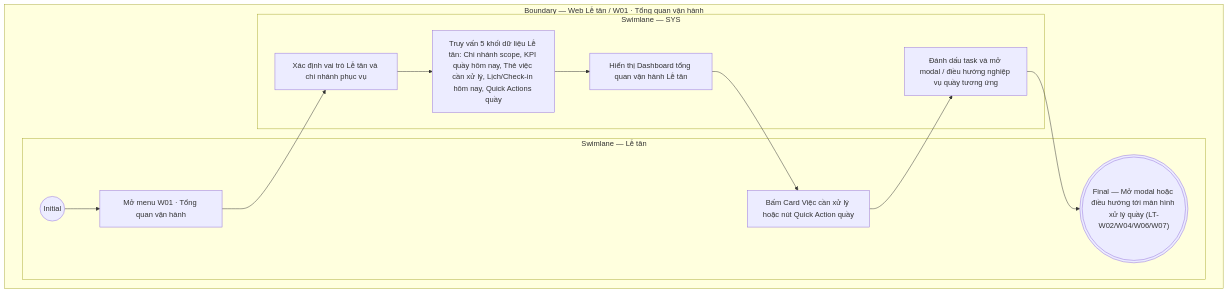
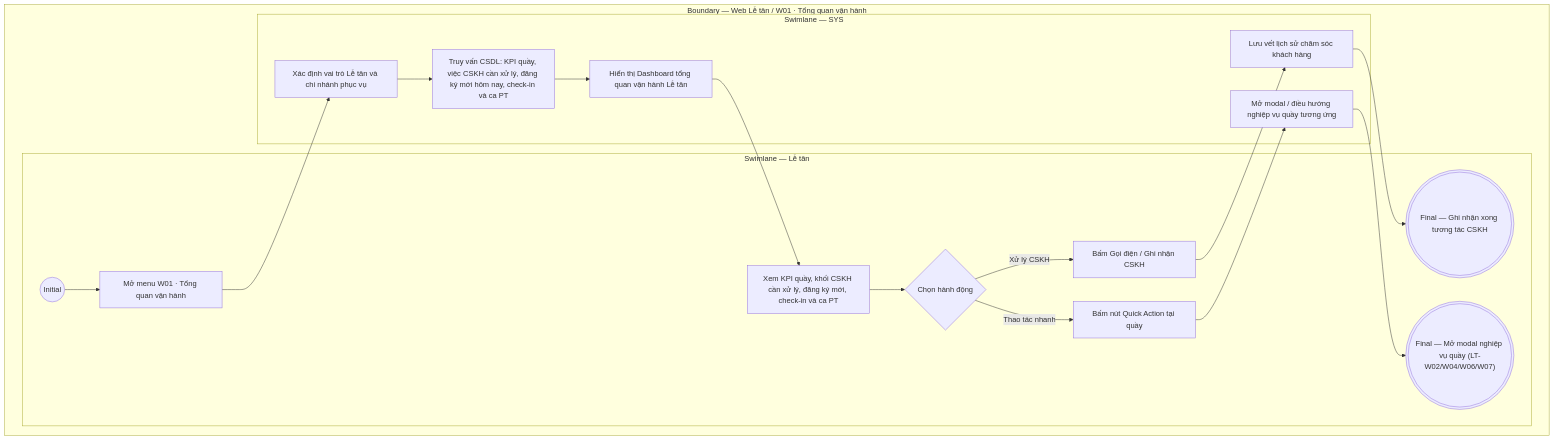
Before and after one commit to ThachY-23120411/Paradise-Gym-v2: the diagram in docs/user-stories/le-tan/LT-W01-Tổng quan vận hành/LT-W01-US01-Xem tổng quan vận hành.md, drawn with Mermaid. The commit also changed other lines of this file and 294 other files, not shown here.

````diff
--- a/docs/user-stories/le-tan/LT-W01-Tổng quan vận hành/LT-W01-US01-Xem tổng quan vận hành.md
+++ b/docs/user-stories/le-tan/LT-W01-Tổng quan vận hành/LT-W01-US01-Xem tổng quan vận hành.md
@@ -57,26 +79,29 @@
 ```mermaid
 flowchart TB
   subgraph B["Boundary — Web Lễ tân / W01 · Tổng quan vận hành"]
     subgraph L0["Swimlane — Lễ tân"]
       I01(("Initial"))
       A01["Mở menu W01 · Tổng quan vận hành"]
-      A02["Bấm Card Việc cần xử lý hoặc nút Quick Action quầy"]
-      F01((("Final — Mở modal hoặc điều hướng tới màn hình xử lý quầy (LT-W02/W04/W06/W07)")))
+      A02["Xem KPI quầy, khối CSKH cần xử lý, đăng ký mới, check-in và ca PT"]
+      A03{"Chọn hành động"}
+      A04["Bấm Gọi điện / Ghi nhận CSKH"]
+      A05["Bấm nút Quick Action tại quầy"]
+      F01((("Final — Ghi nhận xong tương tác CSKH")))
+      F02((("Final — Mở modal nghiệp vụ quầy (LT-W02/W04/W06/W07)")))
     end
 
     subgraph L1["Swimlane — SYS"]
       S01["Xác định vai trò Lễ tân và chi nhánh phục vụ"]
-      S02["Truy vấn 5 khối dữ liệu Lễ tân: Chi nhánh scope, KPI quầy hôm nay, Thẻ việc cần xử lý, Lịch/Check-in hôm nay, Quick Actions quầy"]
+      S02["Truy vấn CSDL: KPI quầy, việc CSKH cần xử lý, đăng ký mới hôm nay, check-in và ca PT"]
       S03["Hiển thị Dashboard tổng quan vận hành Lễ tân"]
-      S04["Đánh dấu task và mở modal / điều hướng nghiệp vụ quầy tương ứng"]
+      S04["Lưu vết lịch sử chăm sóc khách hàng"]
+      S05["Mở modal / điều hướng nghiệp vụ quầy tương ứng"]
 
       I01 --> A01
-      A01 --> S01
-      S01 --> S02
-      S02 --> S03
-      S03 --> A02
-      A02 --> S04
-      S04 --> F01
+      A01 --> S01 --> S02 --> S03 --> A02
+      A02 --> A03
+      A03 -->|Xử lý CSKH| A04 --> S04 --> F01
+      A03 -->|Thao tác nhanh| A05 --> S05 --> F02
     end
   end
 ```
````
